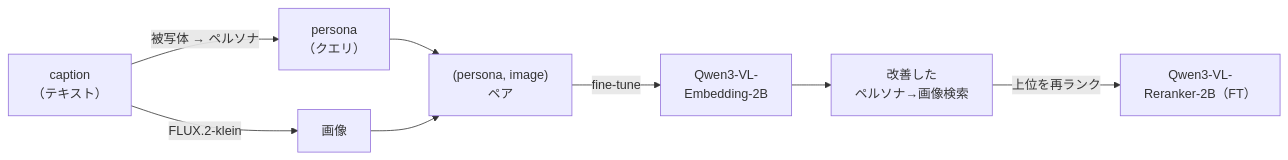
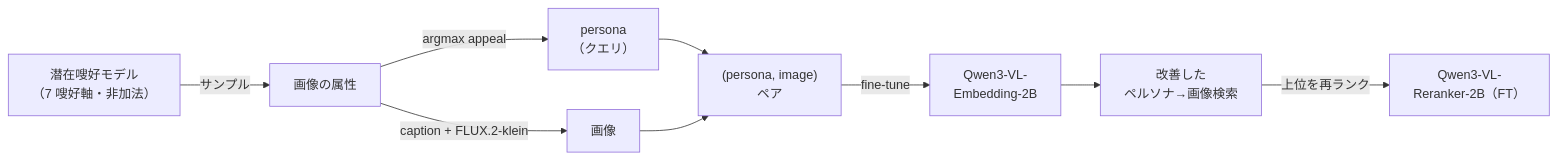
Before and after one commit to u-masao/qwen3-vl-demo: the diagram in README.ja.md, drawn with Mermaid. The commit also changed other lines of this file and 4 other files, not shown here.

````diff
--- a/README.ja.md
+++ b/README.ja.md
@@ -13,10 +13,11 @@
 ```mermaid
 flowchart LR
-    C["caption<br/>（テキスト）"] -->|FLUX.2-klein| I["画像"]
-    C -->|被写体 → ペルソナ| Q["persona<br/>（クエリ）"]
+    PM["潜在嗖好モデル<br/>（7 嗖好軸・非加法）"] -->|サンプル| A["画像の属性"]
+    A -->|caption + FLUX.2-klein| I["画像"]
+    A -->|argmax appeal| Q["persona<br/>（クエリ）"]
     Q --> P["(persona, image)<br/>ペア"]
     I --> P
     P -->|fine-tune| E["Qwen3-VL-<br/>Embedding-2B"]
     E --> R["改善した<br/>ペルソナ→画像検索"]
     R -->|上位を再ランク| RR["Qwen3-VL-<br/>Reranker-2B（FT）"]
 ```
````
